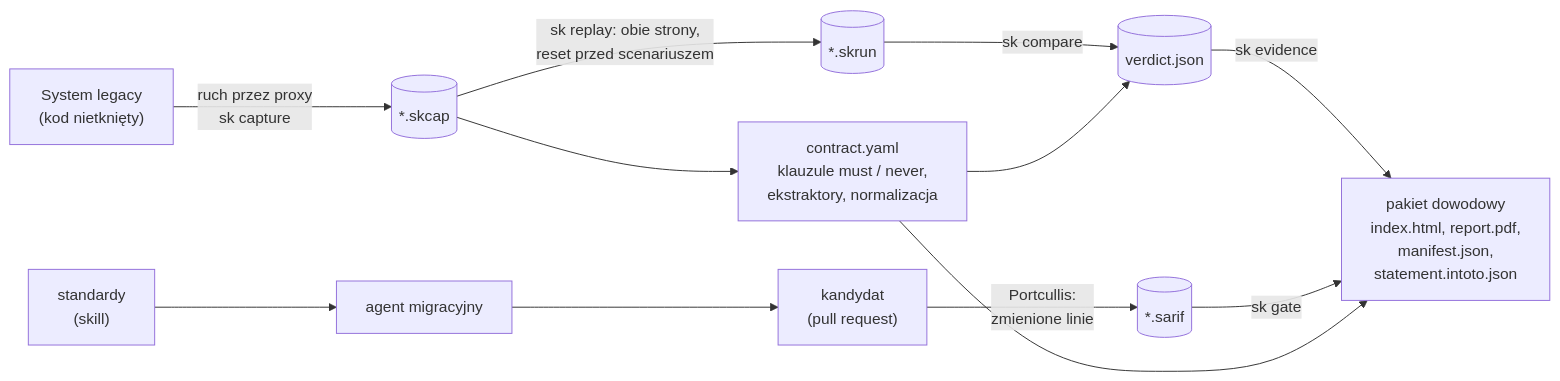
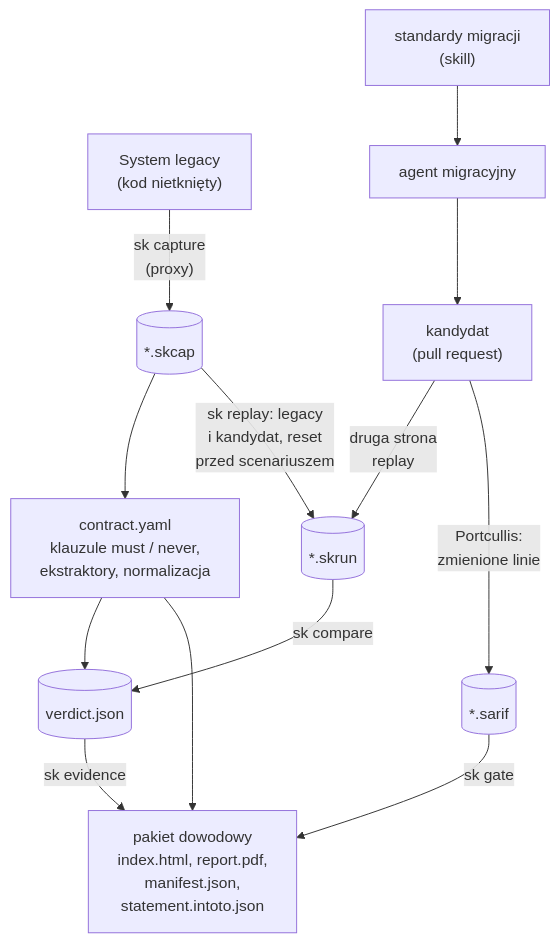
The diagram in docs/diagrams/a2-lancuch-weryfikacji.mmd (konradcinkusz/letsgolegacy.secondkey), drawn with Mermaid before and after one commit. The commit also changed 23 other files, not shown here.

First line of the commit message:
Framework documentation: every chapter, and diagrams sized for the page

```diff
--- a/docs/diagrams/a2-lancuch-weryfikacji.mmd
+++ b/docs/diagrams/a2-lancuch-weryfikacji.mmd
@@ -1,12 +1,13 @@
-flowchart LR
-  LEG["System legacy<br/>(kod nietknięty)"] -- "ruch przez proxy<br/>sk capture" --> SKCAP[("*.skcap")]
+flowchart TB
+  LEG["System legacy<br/>(kod nietknięty)"] -- "sk capture<br/>(proxy)" --> SKCAP[("*.skcap")]
+  STD["standardy migracji<br/>(skill)"] --> AG["agent migracyjny"]
+  AG --> CAND["kandydat<br/>(pull request)"]
   SKCAP --> CON["contract.yaml<br/>klauzule must / never,<br/>ekstraktory, normalizacja"]
-  STD["standardy<br/>(skill)"] --> AG["agent migracyjny"]
-  AG --> CAND["kandydat<br/>(pull request)"]
+  SKCAP -- "sk replay: legacy<br/>i kandydat, reset<br/>przed scenariuszem" --> SKRUN[("*.skrun")]
+  CAND -- "druga strona<br/>replay" --> SKRUN
   CAND -- "Portcullis:<br/>zmienione linie" --> SARIF[("*.sarif")]
-  SKCAP -- "sk replay: obie strony,<br/>reset przed scenariuszem" --> SKRUN[("*.skrun")]
   SKRUN -- "sk compare" --> VER[("verdict.json")]
   CON --> VER
   VER -- "sk evidence" --> PACK["pakiet dowodowy<br/>index.html, report.pdf,<br/>manifest.json,<br/>statement.intoto.json"]
   SARIF -- "sk gate" --> PACK
   CON --> PACK
```
